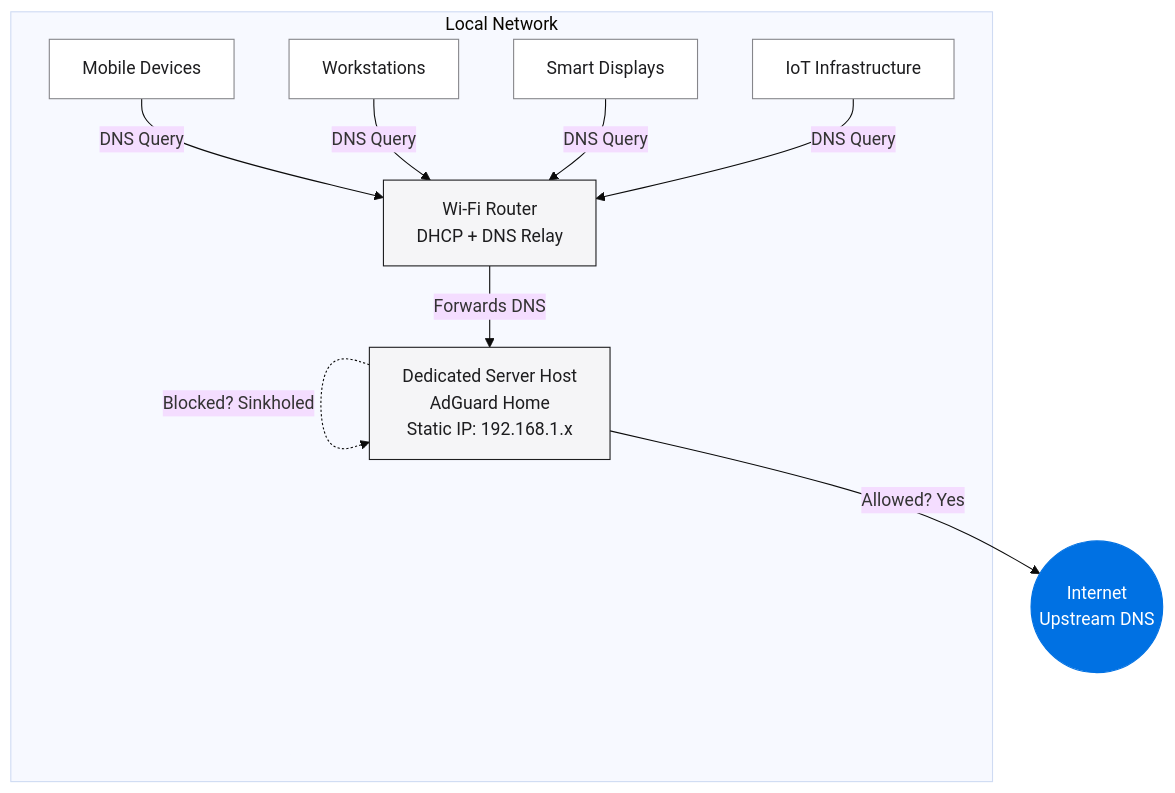
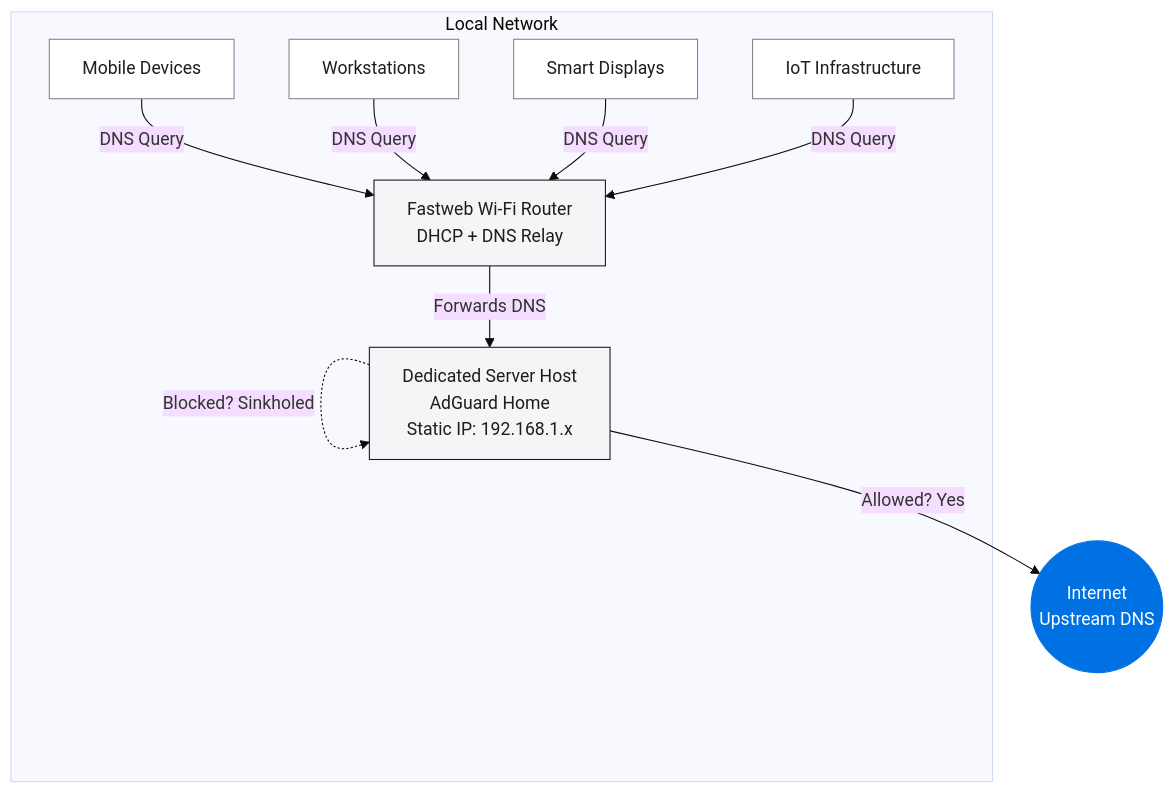
One commit to rani-nabulsi/DNS-deployment changed the first of 2 diagrams in README.md. Above: the diagram before and after it, drawn with Mermaid (base theme). The commit also changed other lines of this file, not shown here.

````diff
--- a/README.md
+++ b/README.md
@@ -43,29 +15,29 @@
 ```mermaid
 graph TB
     subgraph Local Network
-        Router[Wi-Fi Router<br/>DHCP + DNS Relay]
+        Router[Fastweb Wi-Fi Router<br/>DHCP + DNS Relay]
         Server[Dedicated Server Host<br/>AdGuard Home<br/>Static IP: 192.168.1.x]
         Phone[Mobile Devices]
         Laptop[Workstations]
         TV[Smart Displays]
         IoT[IoT Infrastructure]
     end
 
     Internet((Internet<br/>Upstream DNS))
 
     Phone -- DNS Query --> Router
     Laptop -- DNS Query --> Router
     TV -- DNS Query --> Router
     IoT -- DNS Query --> Router
     Router -- Forwards DNS --> Server
     Server -- Allowed? Yes --> Internet
     Server -. Blocked? Sinkholed .-> Server
 
     style Server fill:#F5F5F7,stroke:#1D1D1F,color:#1D1D1F
     style Router fill:#F5F5F7,stroke:#1D1D1F,color:#1D1D1F
     style Phone fill:#FFFFFF,stroke:#86868B,color:#1D1D1F
     style Laptop fill:#FFFFFF,stroke:#86868B,color:#1D1D1F
     style TV fill:#FFFFFF,stroke:#86868B,color:#1D1D1F
     style IoT fill:#FFFFFF,stroke:#86868B,color:#1D1D1F
     style Internet fill:#0071E3,stroke:#0071E3,color:#FFFFFF
 ```
````
